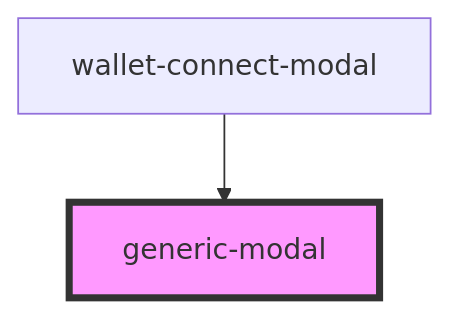
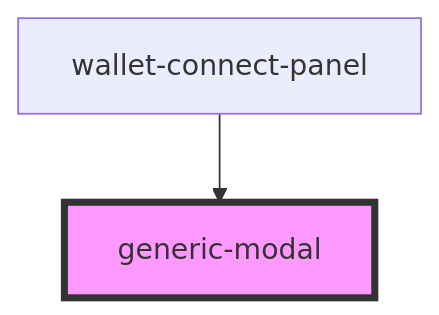
Before and after one commit to multiversx/mx-sdk-dapp-ui: the diagram in src/common/generic-modal/readme.md, drawn with Mermaid. The commit also changed other lines of this file and 5 other files, not shown here.

````diff
--- a/src/common/generic-modal/readme.md
+++ b/src/common/generic-modal/readme.md
@@ -31,5 +31,5 @@
 ```mermaid
 graph TD;
-  wallet-connect-modal --> generic-modal
+  wallet-connect-panel --> generic-modal
   style generic-modal fill:#f9f,stroke:#333,stroke-width:4px
 ```
````
